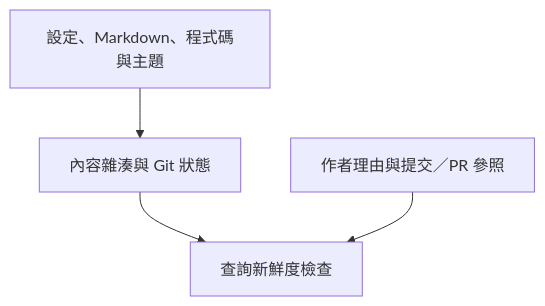
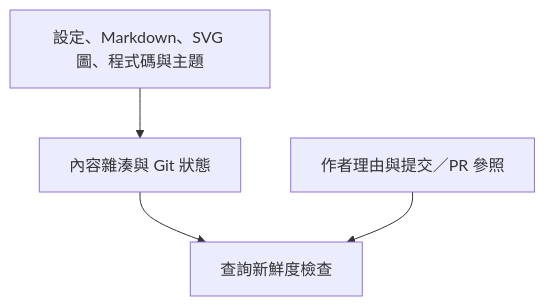
The diagram in codewiki/wiki/history-ch_tw.md (Lizhou31/codewiki), drawn with Mermaid before and after one commit. The commit also changed 64 other files, not shown here.

First line of the commit message:
Add semantic diagram colors, code labels, captions, and SVG figures (#5)

````diff
--- a/codewiki/wiki/history-ch_tw.md
+++ b/codewiki/wiki/history-ch_tw.md
@@ -31,6 +31,6 @@
 ```mermaid
 flowchart TB
-  inputs["設定、Markdown、程式碼與主題"] --> snapshot["內容雜湊與 Git 狀態"]
+  inputs["設定、Markdown、SVG 圖、程式碼與主題"] --> snapshot["內容雜湊與 Git 狀態"]
   snapshot --> query["查詢新鮮度檢查"]
   decisions["作者理由與提交／PR 參照"] --> query
 ```
````
